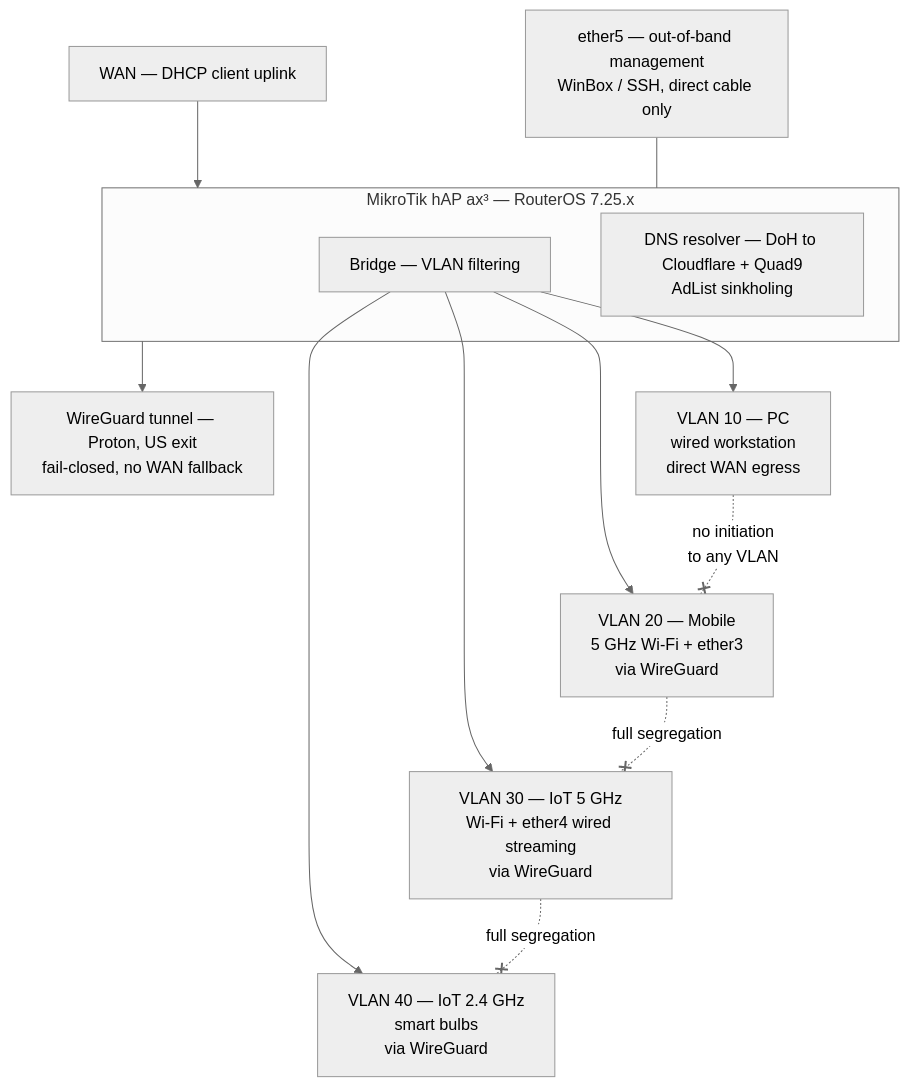
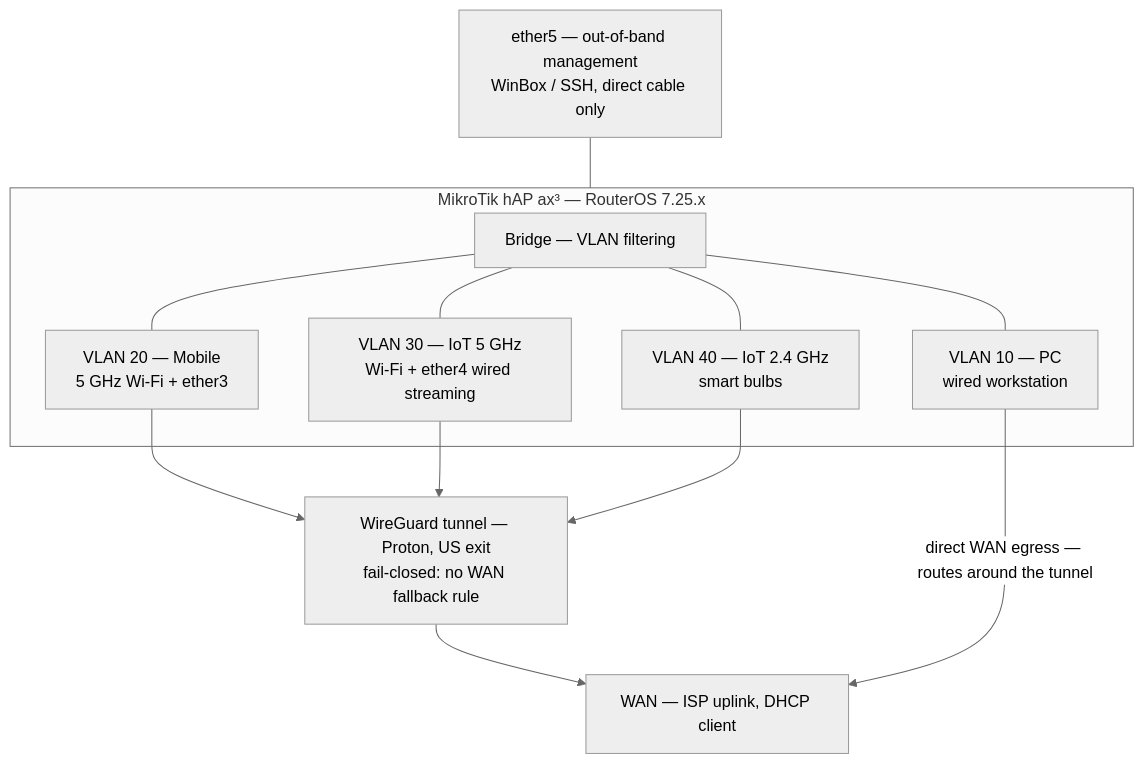
The diagram in diagrams/network-diagram.md (jsstubblefield/Home-lab), drawn with Mermaid (neutral theme) before and after one commit. The commit also changed other lines of this file, not shown here.

Commit message:
Fix topology diagram: VLANs 20-40 egress via WireGuard, VLAN 10 direct to WAN

````diff
--- a/diagrams/network-diagram.md
+++ b/diagrams/network-diagram.md
@@ -3,23 +3,25 @@
 ```mermaid
 flowchart TB
-    WAN["WAN — DHCP client uplink"]
-    WG["WireGuard tunnel — Proton, US exit<br/>fail-closed, no WAN fallback"]
+    WAN["WAN — ISP uplink, DHCP client"]
+    WG["WireGuard tunnel — Proton, US exit<br/>fail-closed: no WAN fallback rule"]
 
     subgraph ROUTER["MikroTik hAP ax³ — RouterOS 7.25.x"]
         BR["Bridge — VLAN filtering"]
-        RES["DNS resolver — DoH to Cloudflare + Quad9<br/>AdList sinkholing"]
+        V10["VLAN 10 — PC<br/>wired workstation"]
+        V20["VLAN 20 — Mobile<br/>5 GHz Wi-Fi + ether3"]
+        V30["VLAN 30 — IoT 5 GHz<br/>Wi-Fi + ether4 wired streaming"]
+        V40["VLAN 40 — IoT 2.4 GHz<br/>smart bulbs"]
+        BR --- V10
+        BR --- V20
+        BR --- V30
+        BR --- V40
     end
 
-    WAN --> ROUTER
-    ROUTER --> WG
+    V20 --> WG
+    V30 --> WG
+    V40 --> WG
+    WG --> WAN
+    V10 -->|"direct WAN egress — routes around the tunnel"| WAN
 
-    BR --> V10["VLAN 10 — PC<br/>wired workstation<br/>direct WAN egress"]
-    BR --> V20["VLAN 20 — Mobile<br/>5 GHz Wi-Fi + ether3<br/>via WireGuard"]
-    BR --> V30["VLAN 30 — IoT 5 GHz<br/>Wi-Fi + ether4 wired streaming<br/>via WireGuard"]
-    BR --> V40["VLAN 40 — IoT 2.4 GHz<br/>smart bulbs<br/>via WireGuard"]
     ETH5["ether5 — out-of-band management<br/>WinBox / SSH, direct cable only"] --- ROUTER
-
-    V10 -. "no initiation<br/>to any VLAN" .-x V20
-    V20 -. "full segregation" .-x V30
-    V30 -. "full segregation" .-x V40
 ```
````
